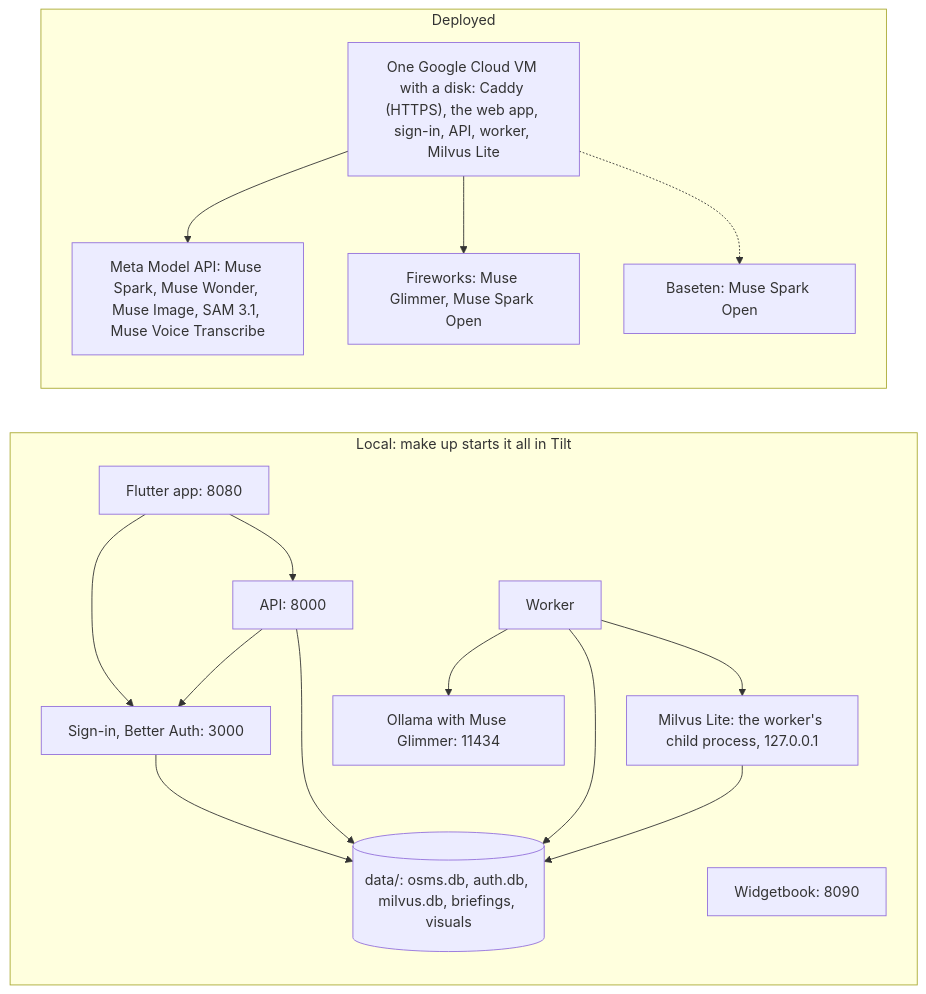
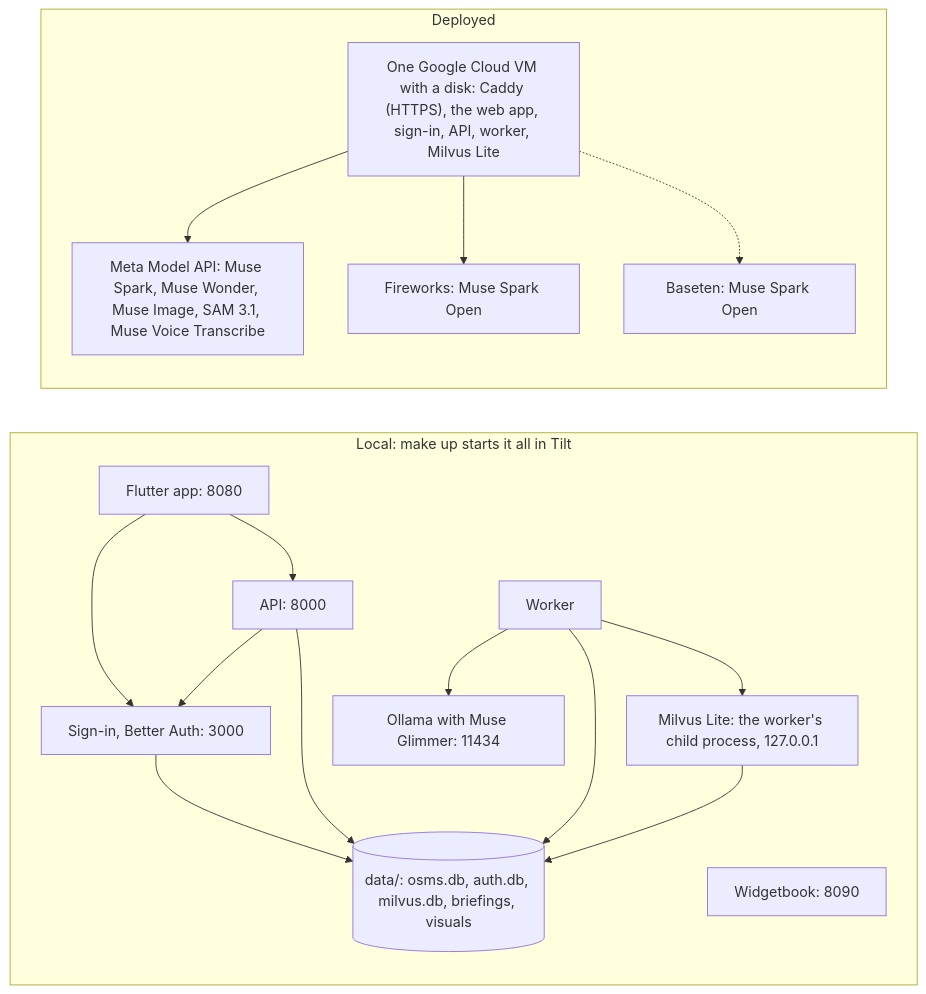
Before and after one commit to ThivaV/OSMS: the eighth of 8 diagrams in docs/architecture.md, drawn with Mermaid. The commit also changed other lines of this file and 7 other files, not shown here.

First line of the commit message:
fix(deploy): Muse Spark triages on the server; Glimmer isn't serverless on Fireworks

````diff
--- a/docs/architecture.md
+++ b/docs/architecture.md
@@ -596,33 +596,33 @@
 ```mermaid
 flowchart LR
     subgraph laptop["Local: make up starts it all in Tilt"]
         l_app["Flutter app: 8080"]
         l_auth["Sign-in, Better Auth: 3000"]
         l_wb["Widgetbook: 8090"]
         l_api["API: 8000"]
         l_worker["Worker"]
         l_milvus["Milvus Lite: the worker's child process, 127.0.0.1"]
         l_glimmer["Ollama with Muse Glimmer: 11434"]
         l_data[("data/: osms.db, auth.db, milvus.db, briefings, visuals")]
     end
 
     subgraph cloud["Deployed"]
         box["One Google Cloud VM with a disk: Caddy (HTTPS), the web app, sign-in, API, worker, Milvus Lite"]
         meta["Meta Model API: Muse Spark, Muse Wonder, Muse Image, SAM 3.1, Muse Voice Transcribe"]
         baseten["Baseten: Muse Spark Open"]
-        fireworks["Fireworks: Muse Glimmer, Muse Spark Open"]
+        fireworks["Fireworks: Muse Spark Open"]
     end
 
     l_app --> l_auth
     l_app --> l_api
     l_auth --> l_data
     l_api --> l_auth
     l_api --> l_data
     l_worker --> l_data
     l_worker --> l_milvus
     l_worker --> l_glimmer
     l_milvus --> l_data
     box --> meta
     box --> fireworks
     box -.-> baseten
 ```
````
